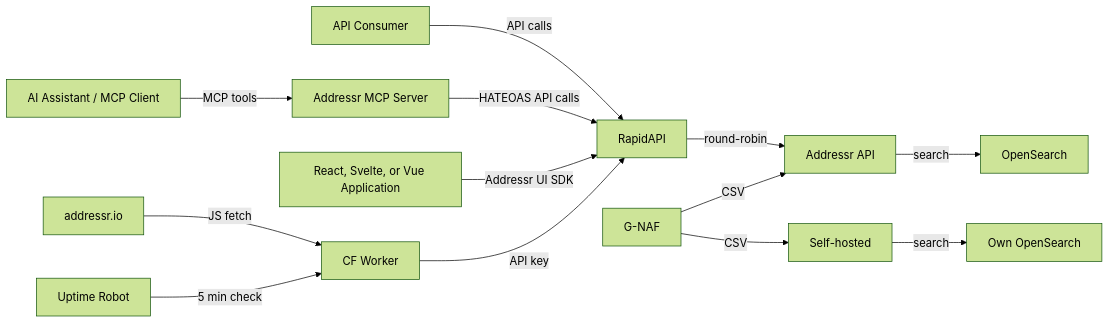
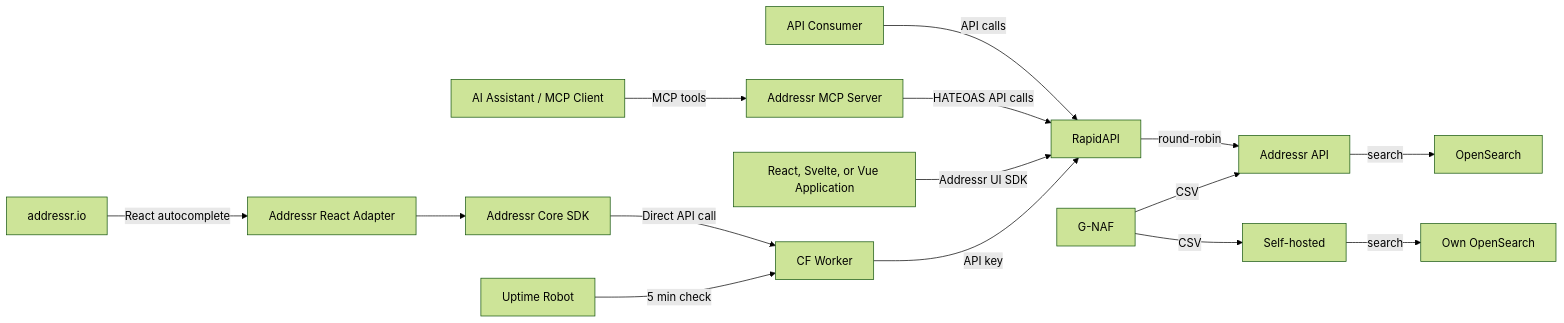
The first of 7 diagrams in docs/architecture/C4_MODEL.md (mountain-pass/addressr), drawn with Mermaid (forest theme) before and after one commit. The commit also changed other lines of this file and 30 other files, not shown here.

Commit message:
Use React autocomplete examples on website

````diff
--- a/docs/architecture/C4_MODEL.md
+++ b/docs/architecture/C4_MODEL.md
@@ -12,28 +12,30 @@
 ```mermaid
 flowchart LR
   apiconsumer[API Consumer]
   mcpconsumer[AI Assistant / MCP Client]
   uiconsumer[React, Svelte, or Vue Application]
   website[addressr.io]
   uptimerobot[Uptime Robot]
   cfworker[CF Worker]
   rapidapi[RapidAPI]
   addressr[Addressr API]
   opensearch[OpenSearch]
   gnaf[G-NAF]
   selfhosted[Self-hosted]
   selfos[Own OpenSearch]
 
   apiconsumer -- API calls --> rapidapi
   mcpconsumer -- MCP tools --> addressrMcp[Addressr MCP Server]
   addressrMcp -- HATEOAS API calls --> rapidapi
   uiconsumer -- Addressr UI SDK --> rapidapi
-  website -- JS fetch --> cfworker
+  website -- React autocomplete --> addressrReact[Addressr React Adapter]
+  addressrReact --> addressrCore[Addressr Core SDK]
+  addressrCore -- Direct API call --> cfworker
   uptimerobot -- 5 min check --> cfworker
   cfworker -- API key --> rapidapi
   rapidapi -- round-robin --> addressr
   addressr -- search --> opensearch
   gnaf -- CSV --> addressr
   gnaf -- CSV --> selfhosted
   selfhosted -- search --> selfos
 ```
````
